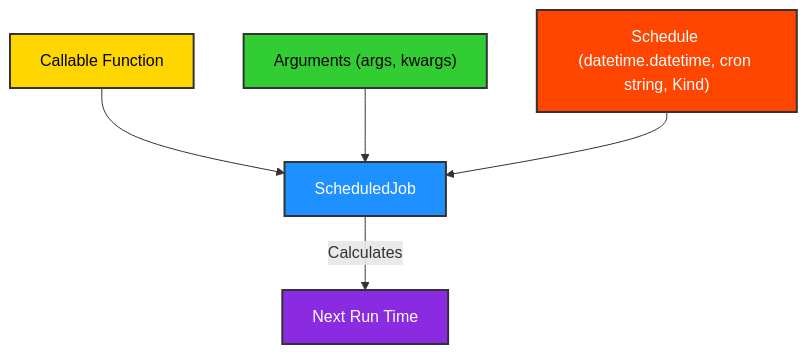
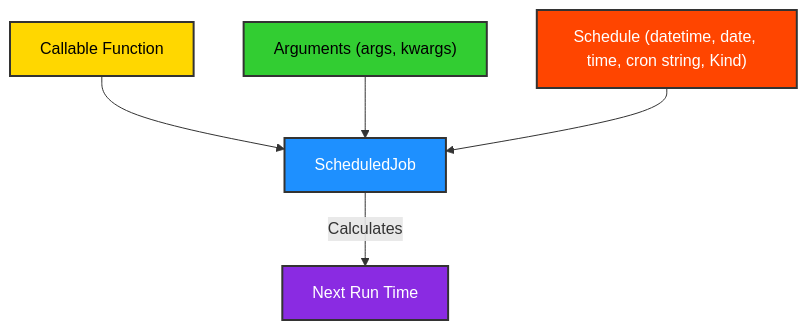
One commit to ikko/kind changed the first of 4 diagrams in docs/topics/7_scheduling/index.md. Above: the diagram before and after it, drawn with Mermaid. The commit also changed other lines of this file and 62 other files, not shown here.

````diff
--- a/docs/topics/7_scheduling/index.md
+++ b/docs/topics/7_scheduling/index.md
@@ -11,13 +11,13 @@
     ```mermaid
     graph TD
             A[Callable Function] --> B[ScheduledJob];
             C[Arguments #40;args, kwargs#41;] --> B;
-            D[Schedule #40;datetime.datetime, cron string, Kind#41;] --> B;
+            D[Schedule #40;datetime, date, time, cron string, Kind#41;] --> B;
             B -- "Calculates" --> E[Next Run Time];
     
         style A fill:#FFD700,stroke:#333,stroke-width:2px,color:#000000;
         style B fill:#1E90FF,stroke:#333,stroke-width:2px,color:#FFFFFF;
         style C fill:#32CD32,stroke:#333,stroke-width:2px,color:#000000;
         style D fill:#FF4500,stroke:#333,stroke-width:2px,color:#FFFFFF;
         style E fill:#8A2BE2,stroke:#333,stroke-width:2px,color:#FFFFFF;
     ```
````
